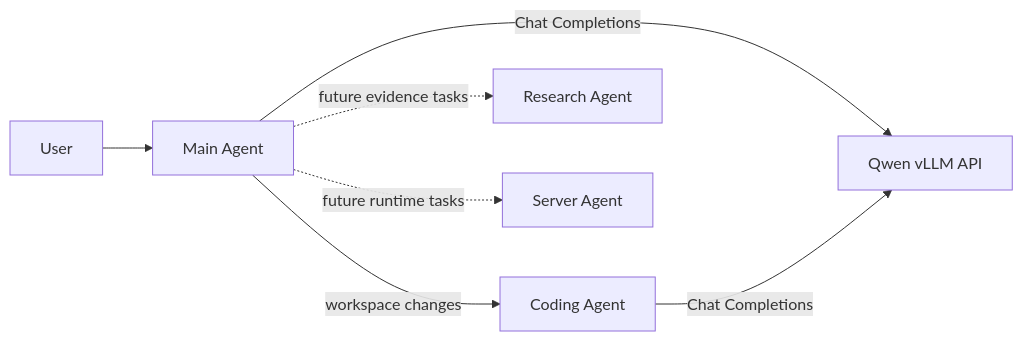
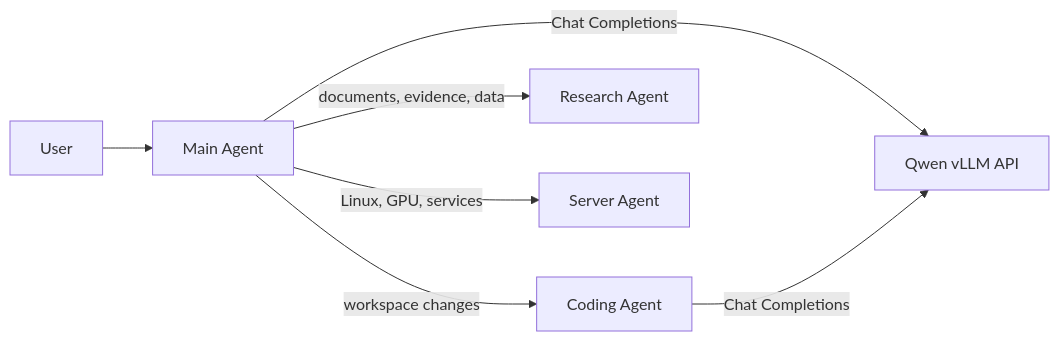
One commit to hutaba-dev/local-ai-agent changed the diagram in docs/architecture.md. Above: the diagram before and after it, drawn with Mermaid. The commit also changed other lines of this file and 12 other files, not shown here.

Commit message:
feat: add research and server agents

````diff
--- a/docs/architecture.md
+++ b/docs/architecture.md
@@ -10,9 +10,9 @@
 ```mermaid
 flowchart LR
     User --> Main[Main Agent]
     Main -->|workspace changes| Coding[Coding Agent]
-    Main -. future evidence tasks .-> Research[Research Agent]
-    Main -. future runtime tasks .-> Server[Server Agent]
+    Main -->|documents, evidence, data| Research[Research Agent]
+    Main -->|Linux, GPU, services| Server[Server Agent]
     Main -->|Chat Completions| Qwen[Qwen vLLM API]
     Coding -->|Chat Completions| Qwen
 ```
````
